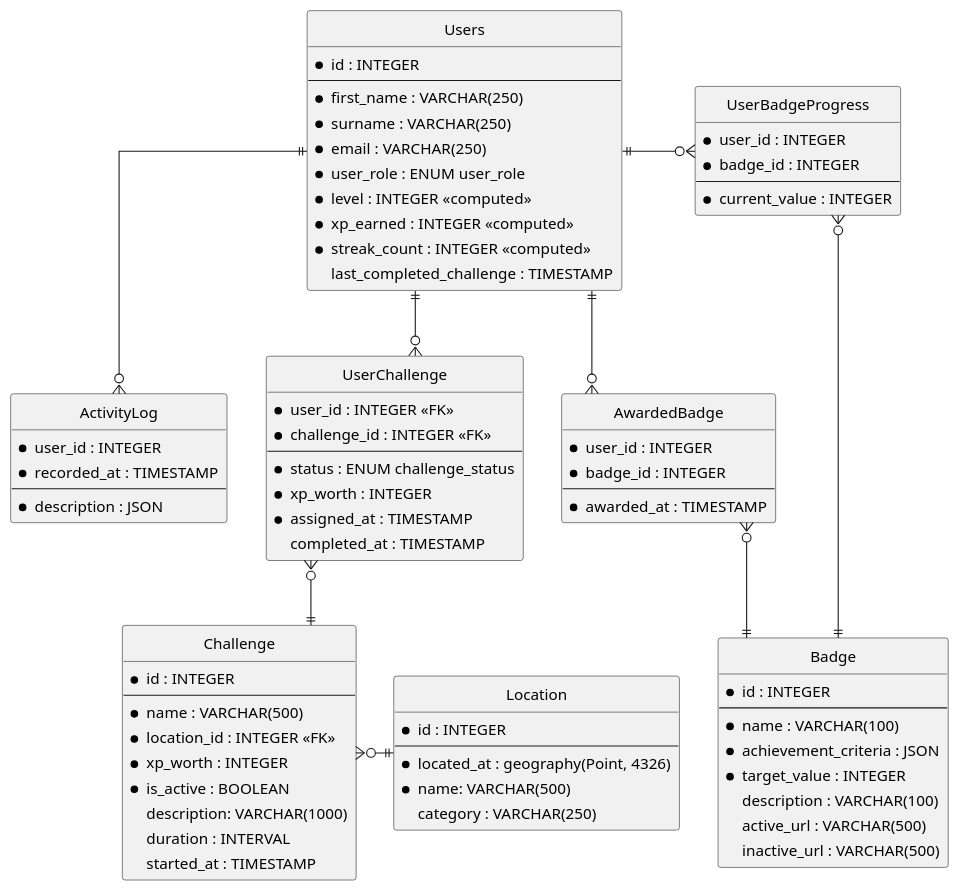
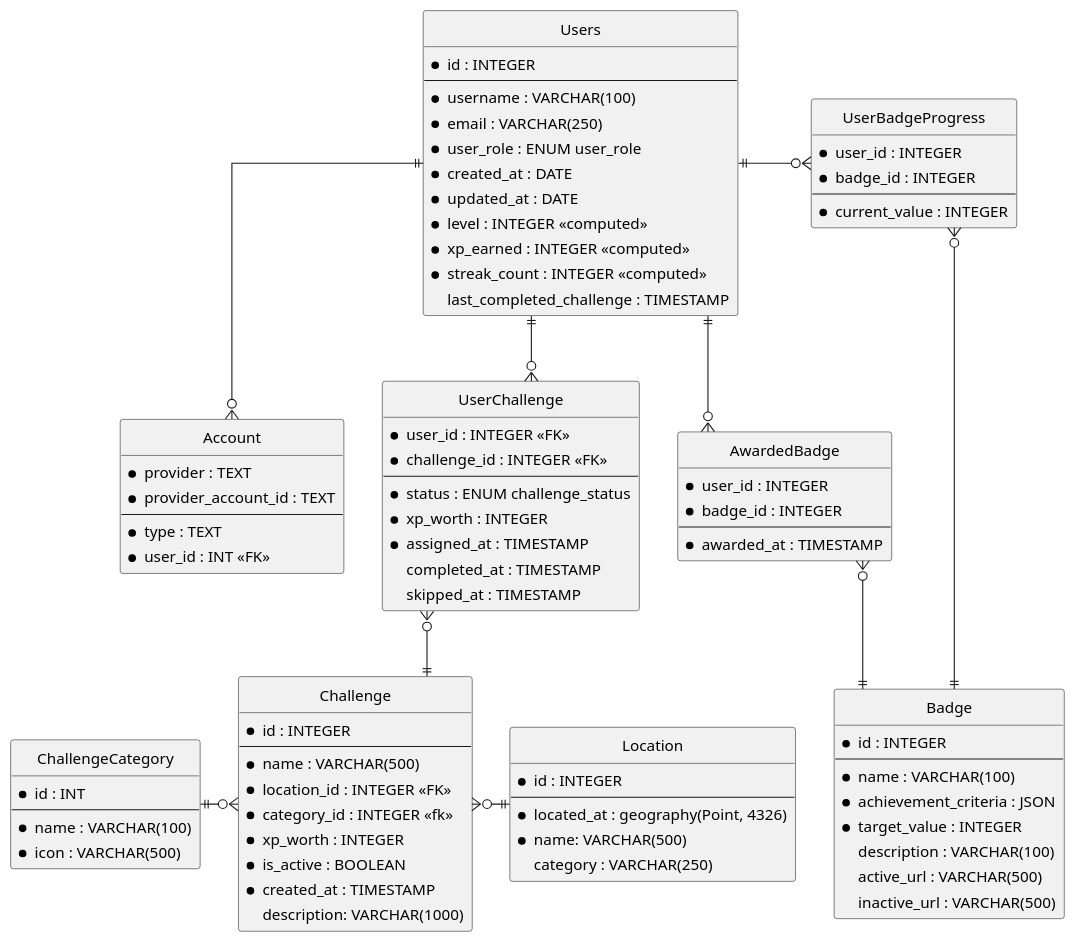
One commit to UOA-CS732-S1-2026/group-project-shimmering-shrews changed the diagram in diagrams/erd.puml. Above: the diagram before and after it, drawn with PlantUML. The commit also changed 1 other file, not shown here.

Commit message:
Modify schema/erd
References #1, #2

```diff
--- a/diagrams/erd.puml
+++ b/diagrams/erd.puml
@@ -1,96 +1,107 @@
 @startuml schema
 ' Style rules
 skinparam {
   style StrictUML
   linetype ortho
   padding 2
   RoundCorner 5
 }
 
 ' Define entities (tables)
 entity "Users" as users {
   * id : INTEGER
   --
-  * first_name : VARCHAR(250)
-  * surname : VARCHAR(250)
+  * username : VARCHAR(100)
   * email : VARCHAR(250)
   * user_role : ENUM user_role
+  * created_at : DATE
+  * updated_at : DATE
   * level : INTEGER <<computed>>
   * xp_earned : INTEGER <<computed>>
   * streak_count : INTEGER <<computed>>
   last_completed_challenge : TIMESTAMP
 } 
+
+entity "Account" as account {
+ * provider : TEXT
+ * provider_account_id : TEXT
+ --
+ * type : TEXT
+ * user_id : INT <<FK>>
+}
 
 entity "Badge" as badge {
   * id : INTEGER
   --
   * name : VARCHAR(100)
   * achievement_criteria : JSON
   * target_value : INTEGER
   description : VARCHAR(100)
   active_url : VARCHAR(500)
   inactive_url : VARCHAR(500)
 }
 
 entity "UserBadgeProgress" as user_badge_progress {
   * user_id : INTEGER
   * badge_id : INTEGER
   --
   * current_value : INTEGER
 }
 
-entity "ActivityLog" as activity_log {
-  * user_id : INTEGER
-  * recorded_at : TIMESTAMP
-  --
-  * description : JSON
-}
-
 entity "AwardedBadge" as awarded_badge {
   * user_id : INTEGER
   * badge_id : INTEGER
   --
   * awarded_at : TIMESTAMP
 }
 
 entity "UserChallenge" as user_challenge {
   * user_id : INTEGER <<FK>>
   * challenge_id : INTEGER <<FK>>
   --
   * status : ENUM challenge_status
   * xp_worth : INTEGER
   * assigned_at : TIMESTAMP
   completed_at : TIMESTAMP
+  skipped_at : TIMESTAMP
 }
 
 entity "Challenge" as challenge {
   * id : INTEGER
   --
   * name : VARCHAR(500)
   * location_id : INTEGER <<FK>>
+  * category_id : INTEGER <<fk>>
   * xp_worth : INTEGER
   * is_active : BOOLEAN
+  * created_at : TIMESTAMP
   description: VARCHAR(1000)
-  duration : INTERVAL
-  started_at : TIMESTAMP
+}
+
+entity "ChallengeCategory" as challenge_category {
+  * id : INT
+  --
+  * name : VARCHAR(100)
+  * icon : VARCHAR(500)
 }
 
 entity "Location" as location {
   * id : INTEGER
   --
   * located_at : geography(Point, 4326)
   * name: VARCHAR(500)
   category : VARCHAR(250)
 }
 
 ' Define relationships (foreign keys)
 users ||--o{ user_challenge
 user_challenge }o--|| challenge
 challenge }o-|| location
+challenge_category ||-o{ challenge
 users ||-o{ awarded_badge
 users ||-o{ user_badge_progress
 awarded_badge }o--|| badge
 user_badge_progress }o---|| badge
-users ||--o{ activity_log
+users ||--o{ account
 
 @enduml
```
